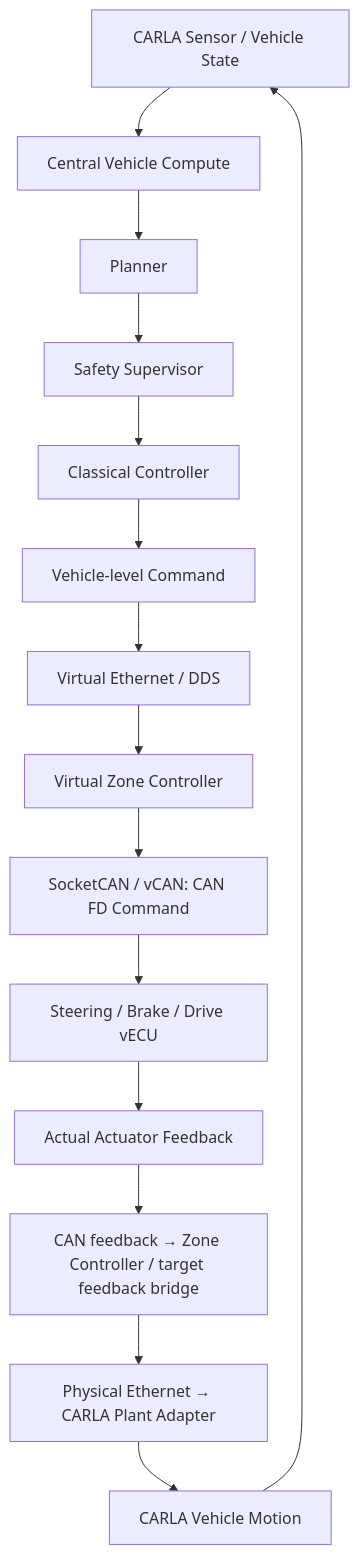
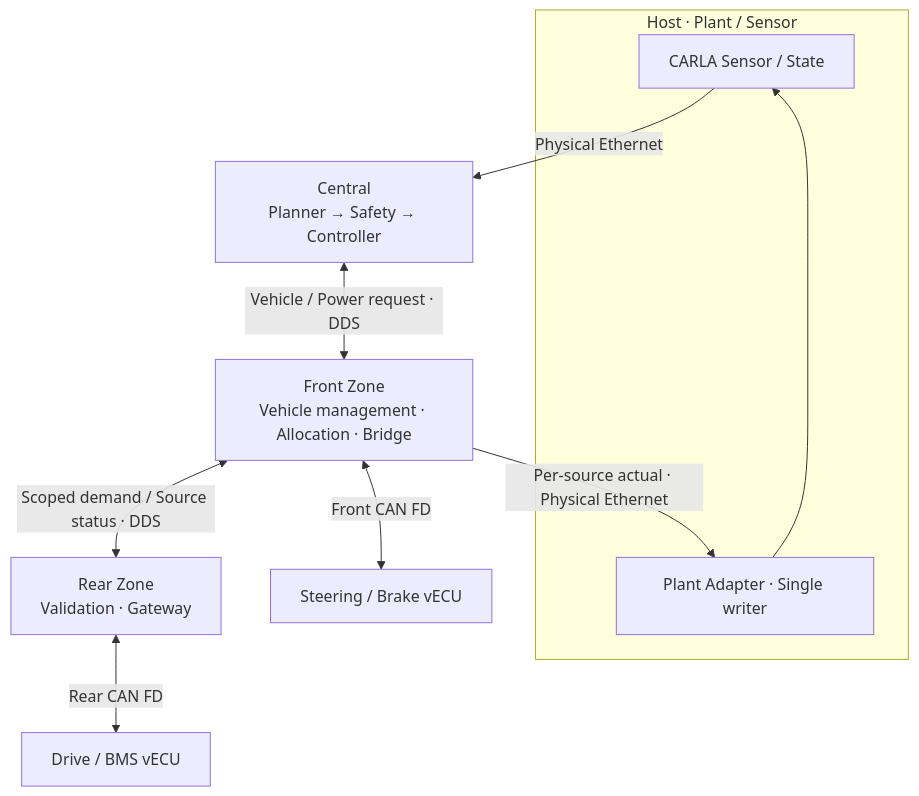
Before and after one commit to shinjuyeop/StrataDrive: the diagram in docs/architecture/system_architecture.md, drawn with Mermaid. The commit also changed other lines of this file and 82 other files, not shown here.

First line of the commit message:
Extend actuator CAN interfaces and define EV zonal design

````diff
--- a/docs/architecture/system_architecture.md
+++ b/docs/architecture/system_architecture.md
@@ -23,17 +31,19 @@
 ```mermaid
 flowchart TB
-  SENSOR[CARLA Sensor / Vehicle State] --> CENTRAL[Central Vehicle Compute]
-  CENTRAL --> PLAN[Planner]
-  PLAN --> SAFE[Safety Supervisor]
-  SAFE --> CTRL[Classical Controller]
-  CTRL --> CMD[Vehicle-level Command]
-  CMD --> ETH[Virtual Ethernet / DDS]
-  ETH --> ZONE[Virtual Zone Controller]
-  ZONE --> CAN[SocketCAN / vCAN: CAN FD Command]
-  CAN --> ECU[Steering / Brake / Drive vECU]
-  ECU --> ACT[Actual Actuator Feedback]
-  ACT --> BRIDGE[CAN feedback → Zone Controller / target feedback bridge]
-  BRIDGE --> ADAPTER[Physical Ethernet → CARLA Plant Adapter]
-  ADAPTER --> MOTION[CARLA Vehicle Motion]
-  MOTION --> SENSOR
+  subgraph HOST["Host · Plant / Sensor"]
+    SENSOR["CARLA Sensor / State"]
+    ADAPTER["Plant Adapter · Single writer"]
+    ADAPTER --> SENSOR
+  end
+  CENTRAL["Central<br/>Planner → Safety → Controller"]
+  FRONT["Front Zone<br/>Vehicle management · Allocation · Bridge"]
+  REAR["Rear Zone<br/>Validation · Gateway"]
+  FL["Steering / Brake vECU"]
+  RL["Drive / BMS vECU"]
+  SENSOR -->|Physical Ethernet| CENTRAL
+  CENTRAL <-->|Vehicle / Power request · DDS| FRONT
+  FRONT <-->|Scoped demand / Source status · DDS| REAR
+  FRONT <-->|Front CAN FD| FL
+  REAR <-->|Rear CAN FD| RL
+  FRONT -->|Per-source actual · Physical Ethernet| ADAPTER
 ```
````
